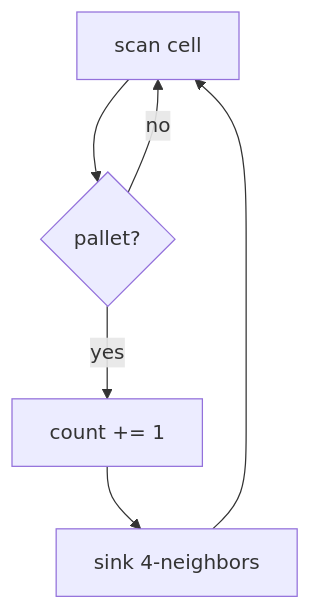
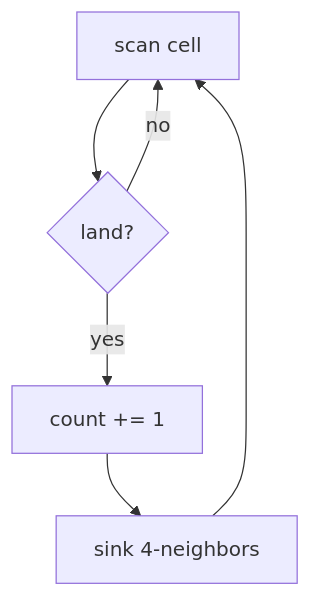
One commit to jdodsoncollins/study-material changed the diagram in lessons/algorithms/problems/number-of-islands/viz/sink.md. Above: the diagram before and after it, drawn with Mermaid. The commit also changed 51 other files, not shown here.

````diff
--- a/lessons/algorithms/problems/number-of-islands/viz/sink.md
+++ b/lessons/algorithms/problems/number-of-islands/viz/sink.md
@@ -3,8 +3,8 @@
 ```mermaid
 flowchart TB
-  scan[scan cell] --> land{pallet?}
+  scan[scan cell] --> land{land?}
   land -->|no| scan
   land -->|yes| start[count += 1]
   start --> dfs[sink 4-neighbors]
   dfs --> scan
 ```
````
